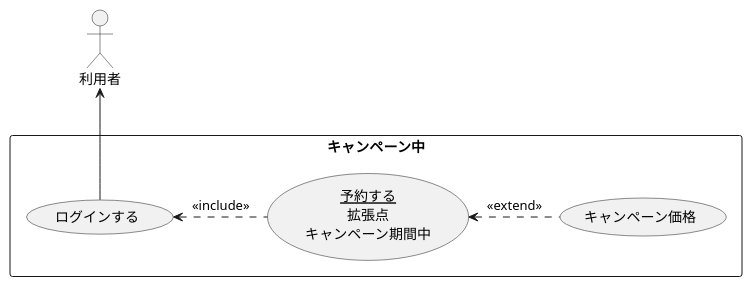
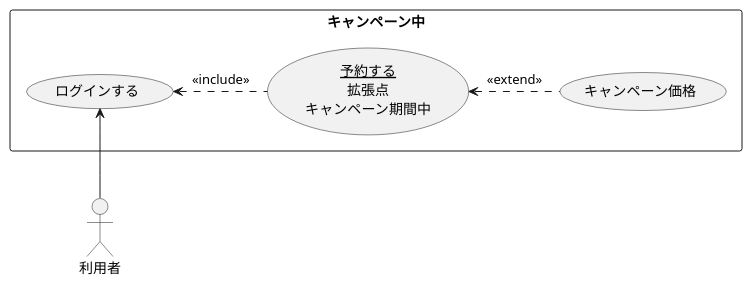
The diagram in 演習2-4_キャンペーン中のホテル宿泊予約.pu (tomatocafe123/uml_introduction), drawn with PlantUML before and after one commit. The commit also changed 1 other file, not shown here.

```diff
--- a/演習2-4_キャンペーン中のホテル宿泊予約.pu
+++ b/演習2-4_キャンペーン中のホテル宿泊予約.pu
@@ -1,10 +1,10 @@
 @startuml ユースケース図
    rectangle キャンペーン中{
    usecase ログインする
    usecase キャンペーン価格
    usecase (<u>予約する</u>\n拡張点\nキャンペーン期間中) as input
    }
-   利用者 <-- ログインする
+   ログインする <-- 利用者
    ログインする <. input : <<include>>
    input <. (キャンペーン価格) : <<extend>>
 @enduml
```
